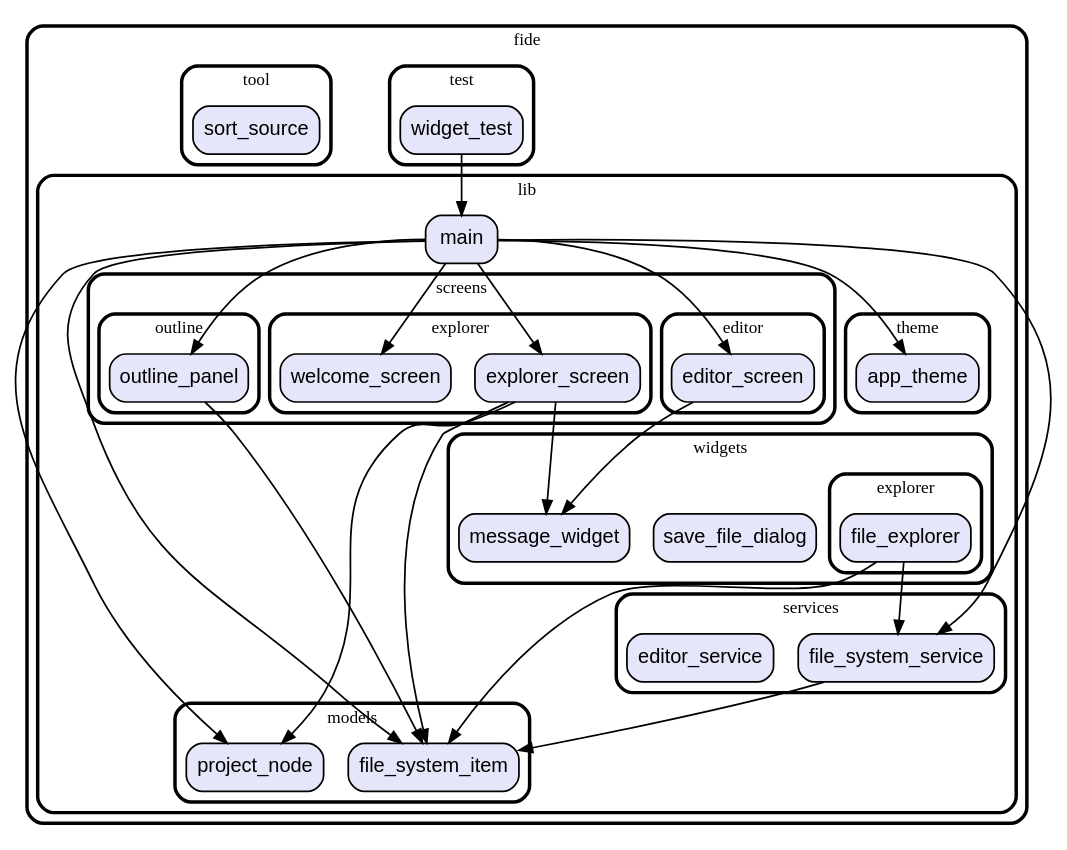
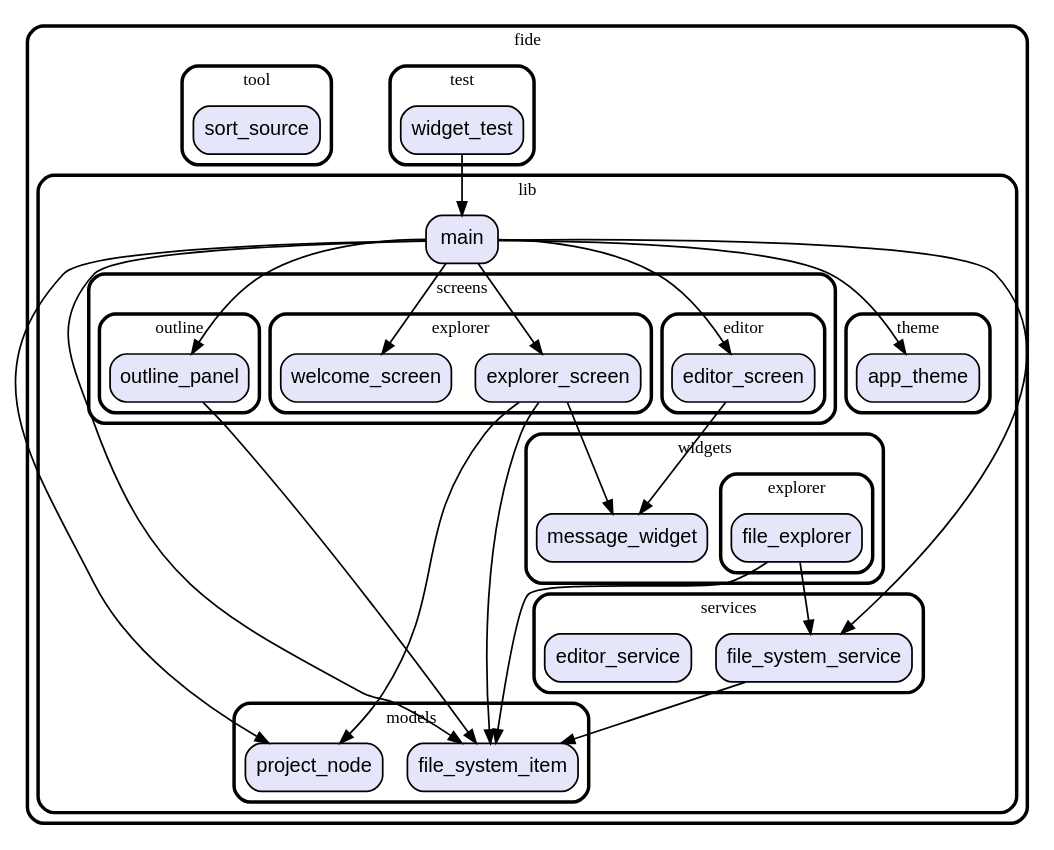
The diagram in graph.dot (vteam-com/FIDE), drawn with Graphviz before and after one commit. The commit also changed 3 other files, not shown here.

```diff
--- a/graph.dot
+++ b/graph.dot
@@ -1,91 +1,89 @@
 digraph "" {
   graph [style=rounded fontname="Arial Black" fontsize=13 penwidth=2.6];
   node [shape=rect style="filled,rounded" fontname=Arial fontsize=15 fillcolor=Lavender penwidth=1.3];
   edge [penwidth=1.3];
   "/test/widget_test.dart" [label="widget_test"];
   "/lib/models/project_node.dart" [label="project_node"];
   "/lib/models/file_system_item.dart" [label="file_system_item"];
   "/lib/screens/explorer/explorer_screen.dart" [label="explorer_screen"];
   "/lib/screens/explorer/welcome_screen.dart" [label="welcome_screen"];
   "/lib/screens/outline/outline_panel.dart" [label="outline_panel"];
   "/lib/screens/editor/editor_screen.dart" [label="editor_screen"];
   "/lib/main.dart" [label="main"];
   "/lib/theme/app_theme.dart" [label="app_theme"];
   "/lib/services/file_system_service.dart" [label="file_system_service"];
   "/lib/services/editor_service.dart" [label="editor_service"];
-  "/lib/widgets/save_file_dialog.dart" [label="save_file_dialog"];
   "/lib/widgets/explorer/file_explorer.dart" [label="file_explorer"];
   "/lib/widgets/message_widget.dart" [label="message_widget"];
   "/tool/sort_source.dart" [label="sort_source"];
   subgraph "cluster~" {
     label="fide";
     subgraph "cluster~/test" {
       label="test";
       "/test/widget_test.dart";
     }
     subgraph "cluster~/lib" {
       label="lib";
       "/lib/main.dart";
       subgraph "cluster~/lib/models" {
         label="models";
         "/lib/models/project_node.dart";
         "/lib/models/file_system_item.dart";
       }
       subgraph "cluster~/lib/screens" {
         label="screens";
         subgraph "cluster~/lib/screens/explorer" {
           label="explorer";
           "/lib/screens/explorer/explorer_screen.dart";
           "/lib/screens/explorer/welcome_screen.dart";
         }
         subgraph "cluster~/lib/screens/outline" {
           label="outline";
           "/lib/screens/outline/outline_panel.dart";
         }
         subgraph "cluster~/lib/screens/editor" {
           label="editor";
           "/lib/screens/editor/editor_screen.dart";
         }
       }
       subgraph "cluster~/lib/theme" {
         label="theme";
         "/lib/theme/app_theme.dart";
       }
       subgraph "cluster~/lib/services" {
         label="services";
         "/lib/services/file_system_service.dart";
         "/lib/services/editor_service.dart";
       }
       subgraph "cluster~/lib/widgets" {
         label="widgets";
-        "/lib/widgets/save_file_dialog.dart";
         "/lib/widgets/message_widget.dart";
         subgraph "cluster~/lib/widgets/explorer" {
           label="explorer";
           "/lib/widgets/explorer/file_explorer.dart";
         }
       }
     }
     subgraph "cluster~/tool" {
       label="tool";
       "/tool/sort_source.dart";
     }
   }
   "/test/widget_test.dart" -> "/lib/main.dart";
   "/lib/screens/explorer/explorer_screen.dart" -> "/lib/models/project_node.dart";
   "/lib/screens/explorer/explorer_screen.dart" -> "/lib/models/file_system_item.dart";
   "/lib/screens/explorer/explorer_screen.dart" -> "/lib/widgets/message_widget.dart";
   "/lib/screens/outline/outline_panel.dart" -> "/lib/models/file_system_item.dart";
   "/lib/screens/editor/editor_screen.dart" -> "/lib/widgets/message_widget.dart";
   "/lib/main.dart" -> "/lib/screens/explorer/explorer_screen.dart";
   "/lib/main.dart" -> "/lib/screens/explorer/welcome_screen.dart";
   "/lib/main.dart" -> "/lib/screens/editor/editor_screen.dart";
   "/lib/main.dart" -> "/lib/screens/outline/outline_panel.dart";
   "/lib/main.dart" -> "/lib/services/file_system_service.dart";
   "/lib/main.dart" -> "/lib/theme/app_theme.dart";
   "/lib/main.dart" -> "/lib/models/file_system_item.dart";
   "/lib/main.dart" -> "/lib/models/project_node.dart";
   "/lib/services/file_system_service.dart" -> "/lib/models/file_system_item.dart";
   "/lib/widgets/explorer/file_explorer.dart" -> "/lib/services/file_system_service.dart";
   "/lib/widgets/explorer/file_explorer.dart" -> "/lib/models/file_system_item.dart";
 }
```
